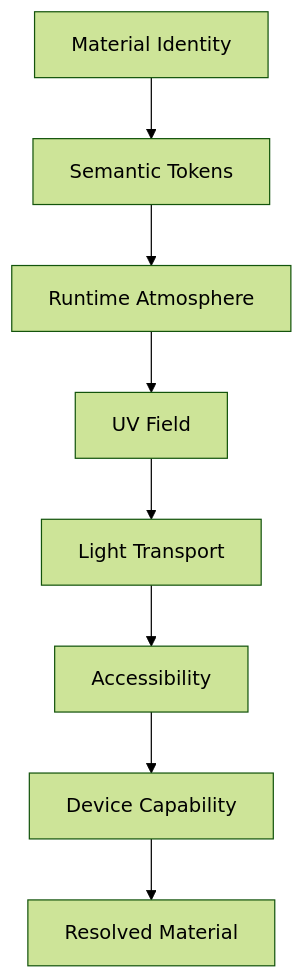
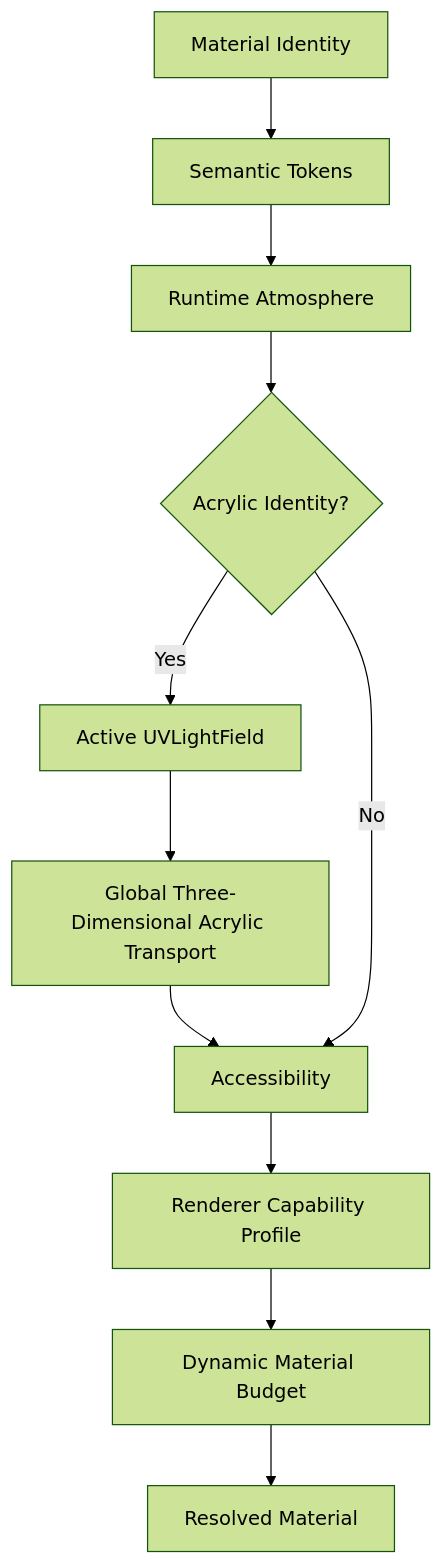
Before and after one commit to mosaic-media/architecture: the first of 9 diagrams in docs/design/system/mds-003-material-system/10-runtime-material-resolution.md, drawn with Mermaid (forest theme). The commit also changed other lines of this file and 12 other files, not shown here.

Commit message:
docs(mds-003): define refraction architecture

````diff
--- a/docs/design/system/mds-003-material-system/10-runtime-material-resolution.md
+++ b/docs/design/system/mds-003-material-system/10-runtime-material-resolution.md
@@ -75,20 +75,25 @@
 ```mermaid
 flowchart TD
 
 N1["Material Identity"]
 N2["Semantic Tokens"]
 N3["Runtime Atmosphere"]
-N4["UV Field"]
-N5["Light Transport"]
-N6["Accessibility"]
-N7["Device Capability"]
-N8["Resolved Material"]
+N4{"Acrylic Identity?"}
+N5["Active UVLightField"]
+N6["Global Three-Dimensional Acrylic Transport"]
+N7["Accessibility"]
+N8["Renderer Capability Profile"]
+N9["Dynamic Material Budget"]
+N10["Resolved Material"]
 
 N1 --> N2
 N2 --> N3
 N3 --> N4
-N4 --> N5
+N4 -->|Yes| N5
 N5 --> N6
 N6 --> N7
+N4 -->|No| N7
 N7 --> N8
+N8 --> N9
+N9 --> N10
 ```
````
